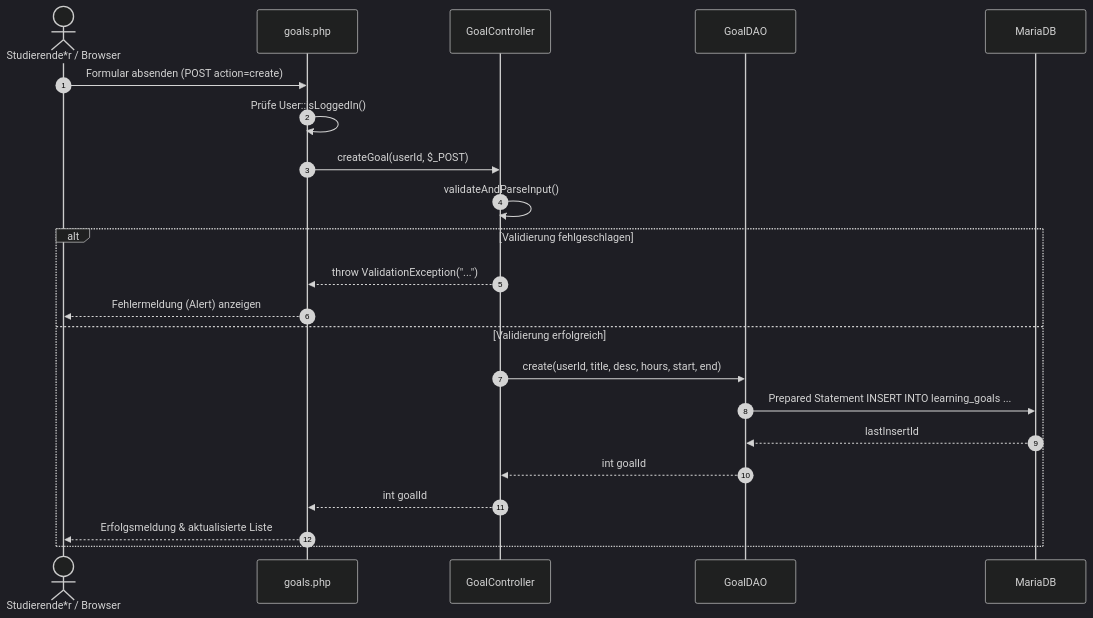
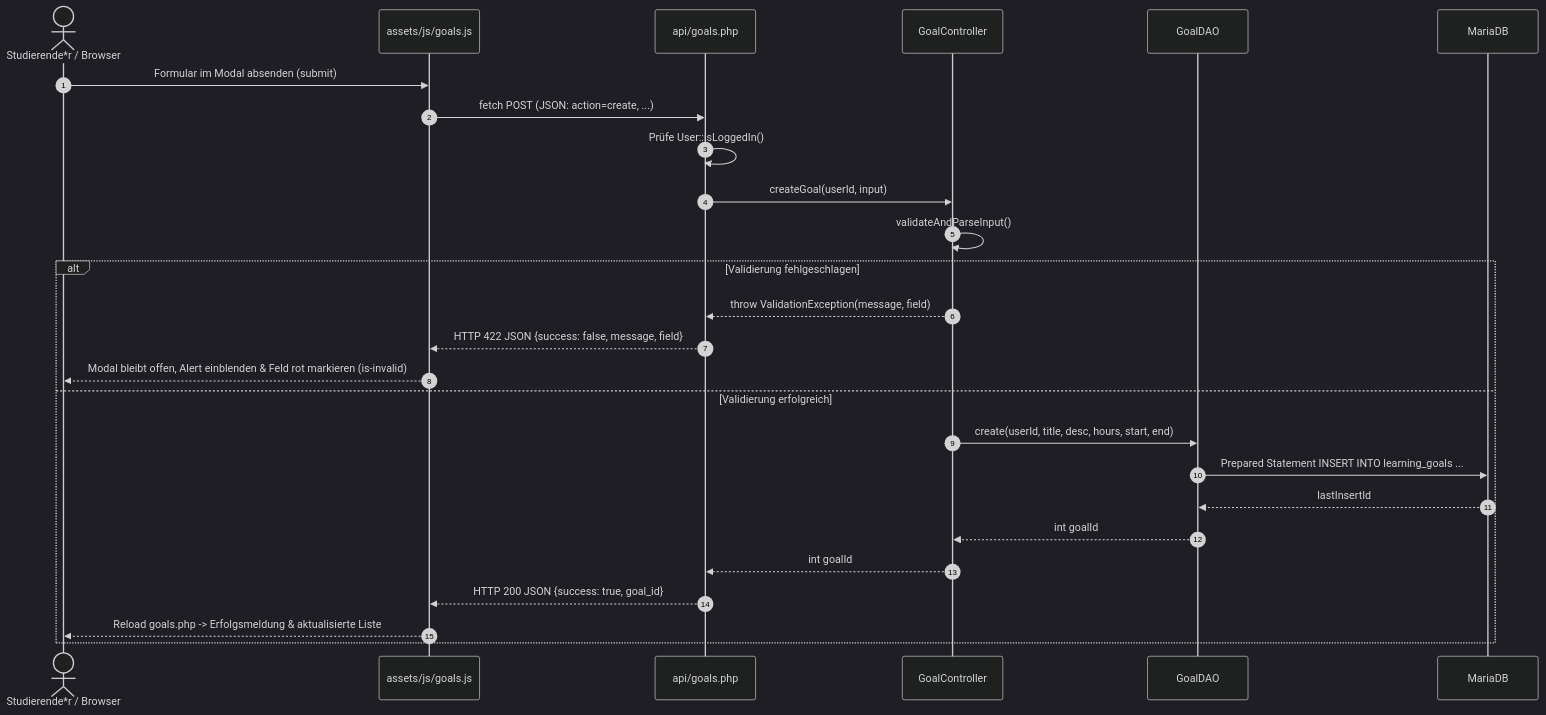
The diagram in docs/goals.md (Fritz-IU/ISEF01-Lernzeit-Manager), drawn with Mermaid (dark theme) before and after one commit. The commit also changed other lines of this file and 5 other files, not shown here.

Commit message:
Eingaben bei Validierungsfehlern im Lernziel-Modal beibehalten und fehlerhafte Felder rot markieren Refs #21

````diff
--- a/docs/goals.md
+++ b/docs/goals.md
@@ -98,26 +100,30 @@
 ```mermaid
 sequenceDiagram
     autonumber
     actor Nutzer as Studierende*r / Browser
-    participant View as goals.php
+    participant JS as assets/js/goals.js
+    participant API as api/goals.php
     participant Controller as GoalController
     participant DAO as GoalDAO
     participant DB as MariaDB
 
-    Nutzer->>View: Formular absenden (POST action=create)
-    View->>View: Prüfe User::isLoggedIn()
-    View->>Controller: createGoal(userId, $_POST)
+    Nutzer->>JS: Formular im Modal absenden (submit)
+    JS->>API: fetch POST (JSON: action=create, ...)
+    API->>API: Prüfe User::isLoggedIn()
+    API->>Controller: createGoal(userId, input)
     Controller->>Controller: validateAndParseInput()
     
     alt Validierung fehlgeschlagen
-        Controller-->>View: throw ValidationException("...")
-        View-->>Nutzer: Fehlermeldung (Alert) anzeigen
+        Controller-->>API: throw ValidationException(message, field)
+        API-->>JS: HTTP 422 JSON {success: false, message, field}
+        JS-->>Nutzer: Modal bleibt offen, Alert einblenden & Feld rot markieren (is-invalid)
     else Validierung erfolgreich
         Controller->>DAO: create(userId, title, desc, hours, start, end)
         DAO->>DB: Prepared Statement INSERT INTO learning_goals ...
         DB-->>DAO: lastInsertId
         DAO-->>Controller: int goalId
-        Controller-->>View: int goalId
-        View-->>Nutzer: Erfolgsmeldung & aktualisierte Liste
+        Controller-->>API: int goalId
+        API-->>JS: HTTP 200 JSON {success: true, goal_id}
+        JS-->>Nutzer: Reload goals.php -> Erfolgsmeldung & aktualisierte Liste
     end
 ```
````
